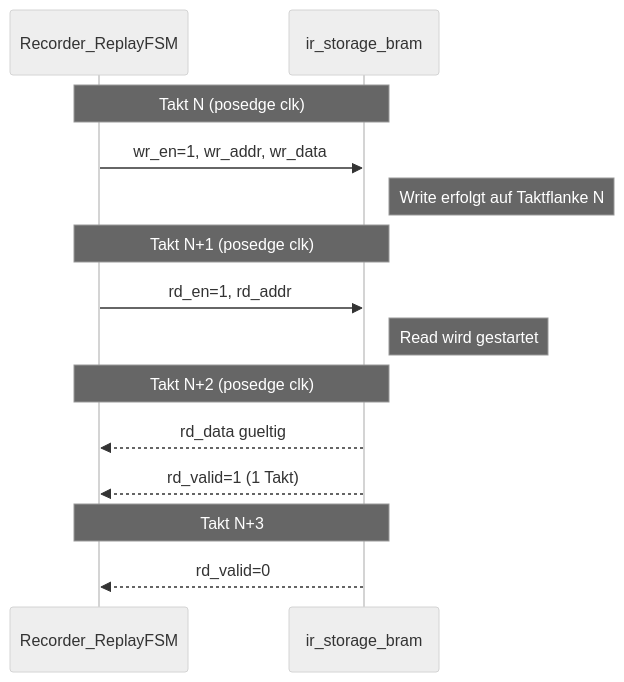
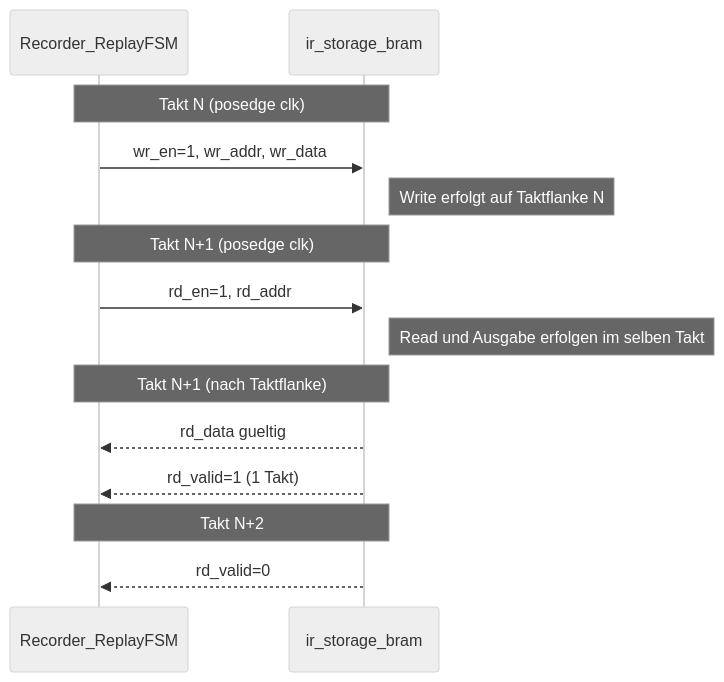
The second of 2 diagrams in IRRecorder_Replay/STORAGE_BRAM/README.md (Chip-Design-Group/IR-Remote-Decoder), drawn with Mermaid (neutral theme) before and after one commit. The commit also changed 1 other file, not shown here.

Commit message:
Adjusted READMES of ir recorder and storage bram

````diff
--- a/IRRecorder_Replay/STORAGE_BRAM/README.md
+++ b/IRRecorder_Replay/STORAGE_BRAM/README.md
@@ -53,20 +53,20 @@
 ```mermaid
 sequenceDiagram
     participant REC as Recorder_ReplayFSM
     participant BRAM as ir_storage_bram
 
     Note over REC,BRAM: Takt N (posedge clk)
     REC->>BRAM: wr_en=1, wr_addr, wr_data
     Note right of BRAM: Write erfolgt auf Taktflanke N
 
     Note over REC,BRAM: Takt N+1 (posedge clk)
     REC->>BRAM: rd_en=1, rd_addr
-    Note right of BRAM: Read wird gestartet
+    Note right of BRAM: Read und Ausgabe erfolgen im selben Takt
 
-    Note over REC,BRAM: Takt N+2 (posedge clk)
+    Note over REC,BRAM: Takt N+1 (nach Taktflanke)
     BRAM-->>REC: rd_data gueltig
     BRAM-->>REC: rd_valid=1 (1 Takt)
 
-    Note over REC,BRAM: Takt N+3
+    Note over REC,BRAM: Takt N+2
     BRAM-->>REC: rd_valid=0
 ```
````
